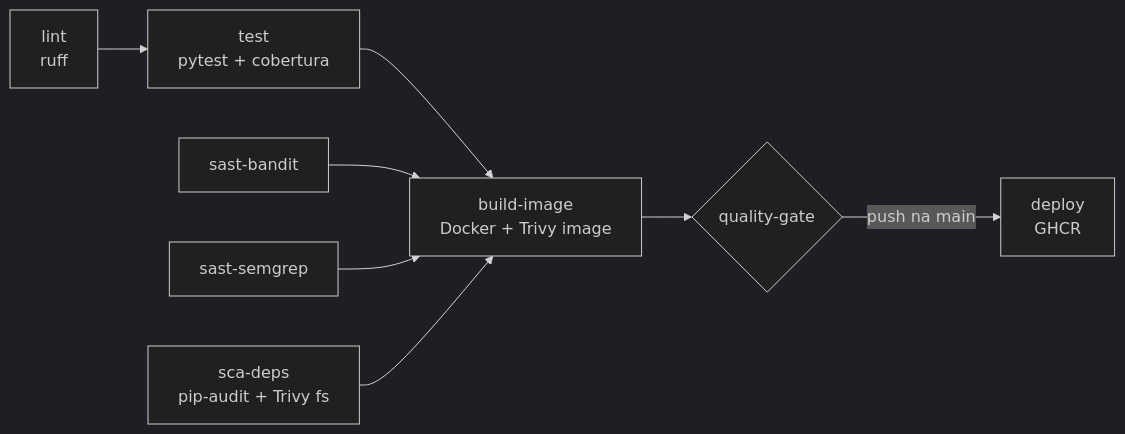
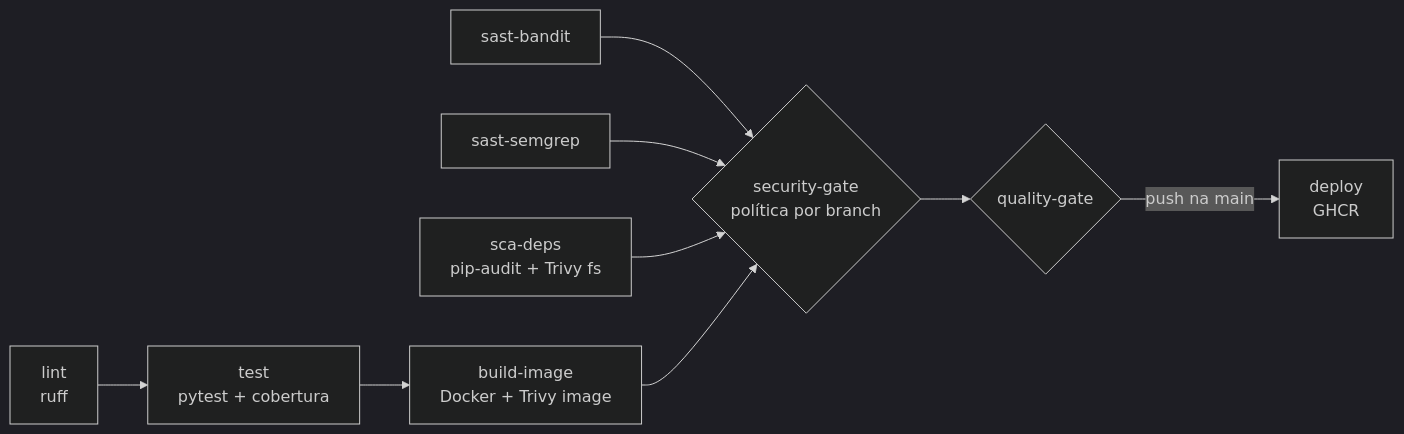
Before and after one commit to Talyson/cicd: the diagram in README.md, drawn with Mermaid (dark theme). The commit also changed other lines of this file and 5 other files, not shown here.

First line of the commit message:
Adiciona security gate com limite de vulnerabilidades críticas na main

````diff
--- a/README.md
+++ b/README.md
@@ -7,13 +7,11 @@
 ```mermaid
 flowchart LR
     A[lint<br/>ruff] --> B[test<br/>pytest + cobertura]
-    C[sast-bandit]
-    D[sast-semgrep]
-    E[sca-deps<br/>pip-audit + Trivy fs]
     B --> F[build-image<br/>Docker + Trivy image]
-    C --> F
-    D --> F
-    E --> F
-    F --> G{quality-gate}
+    C[sast-bandit] --> S
+    D[sast-semgrep] --> S
+    E[sca-deps<br/>pip-audit + Trivy fs] --> S
+    F --> S{security-gate<br/>política por branch}
+    S --> G{quality-gate}
     G -->|push na main| H[deploy<br/>GHCR]
 ```
````
